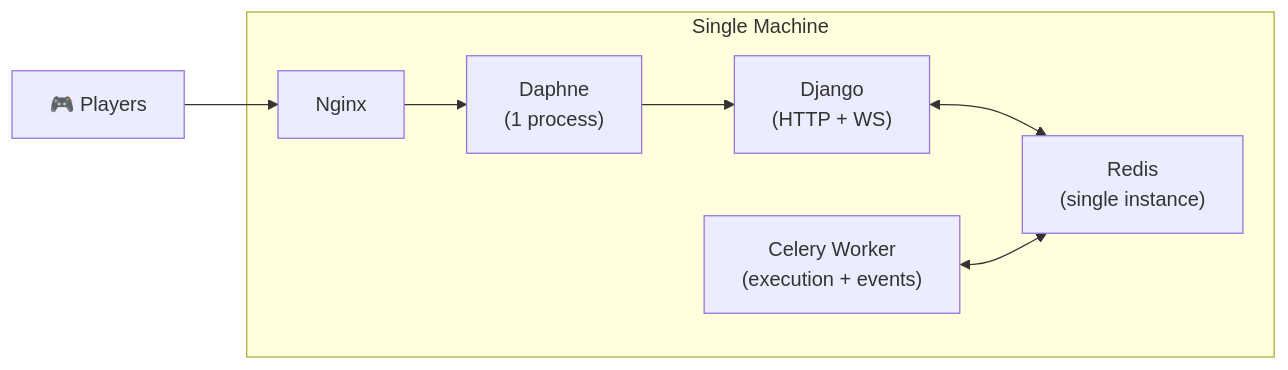
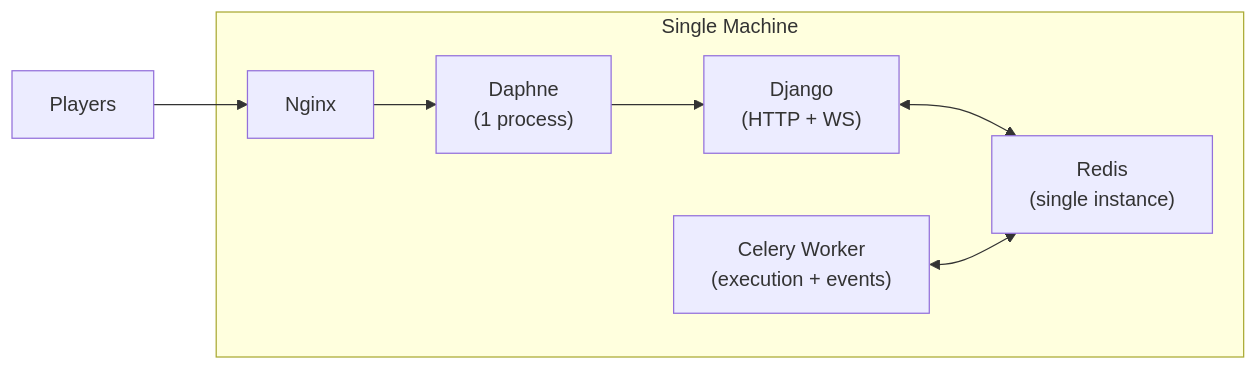
One commit to big-o-ff/arena changed the fifth of 6 diagrams in sysDesign.md. Above: the diagram before and after it, drawn with Mermaid. The commit also changed other lines of this file, not shown here.

````diff
--- a/sysDesign.md
+++ b/sysDesign.md
@@ -488,13 +473,13 @@
 ```mermaid
 graph LR
     subgraph "Single Machine"
         NGINX["Nginx"] --> DAPHNE["Daphne<br/>(1 process)"]
         DAPHNE --> DJANGO["Django<br/>(HTTP + WS)"]
         CELERY_W["Celery Worker<br/>(execution + events)"]
         REDIS_S["Redis<br/>(single instance)"]
     end
 
-    CLIENT["🎮 Players"] --> NGINX
+    CLIENT["Players"] --> NGINX
     DJANGO <--> REDIS_S
     CELERY_W <--> REDIS_S
 ```
````
